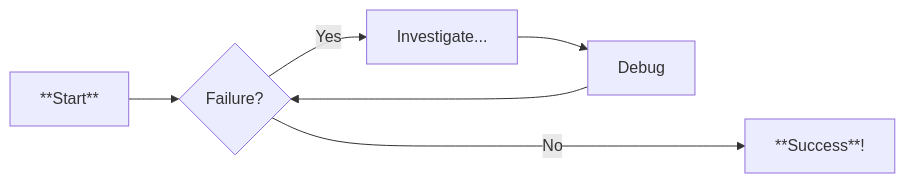
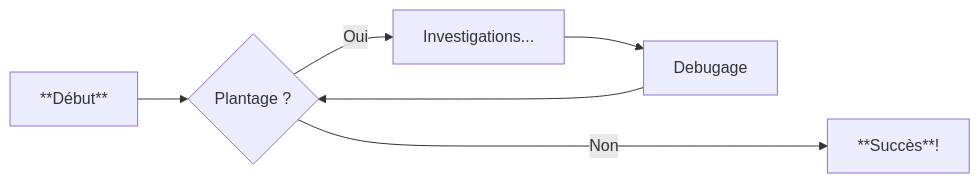
The diagram in docs/index.md (PyMoX-fr/PyMoX-fr.github.io), drawn with Mermaid before and after one commit.

Commit message:
Schema Fr

````diff
--- a/docs/index.md
+++ b/docs/index.md
@@ -21,8 +21,8 @@
 ```mermaid
 graph LR
-  A[**Start**]-->B{Failure?};
-  B-->|Yes| C[Investigate...];
-  C-->D[Debug];
+  A[**Début**]-->B{Plantage ?};
+  B-->|Oui| C[Investigations...];
+  C-->D[Debugage];
   D-->B;
-  B---->|No| E[**Success**!];
+  B---->|Non| E[**Succès**!];
 ```
````
